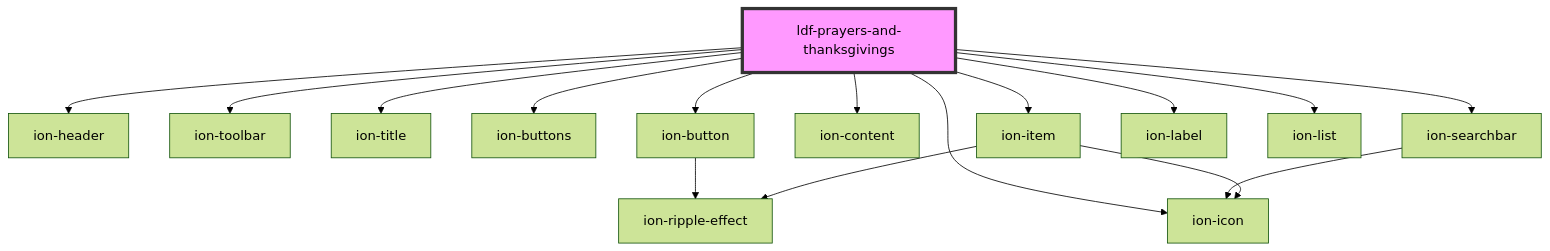
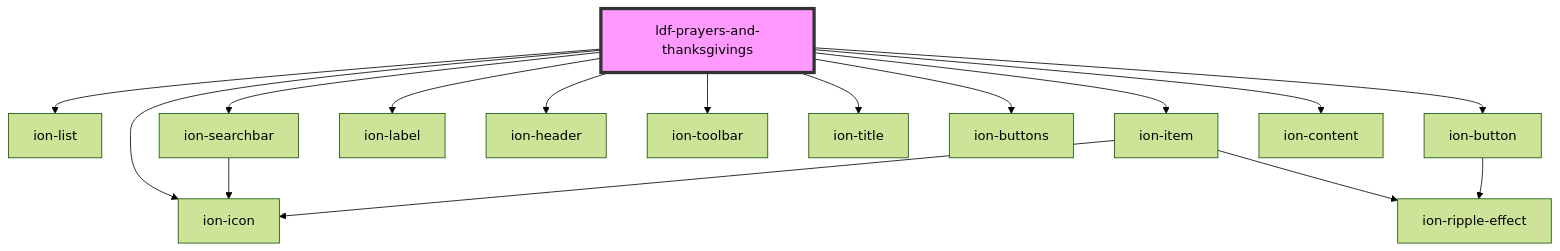
Before and after one commit to gbj/venite: the diagram in components/src/components/prayers-and-thanksgivings/readme.md, drawn with Mermaid (forest theme). The commit also changed other lines of this file and 21 other files, not shown here.

Commit message:
Prayers & Thanksgivings page

````diff
--- a/components/src/components/prayers-and-thanksgivings/readme.md
+++ b/components/src/components/prayers-and-thanksgivings/readme.md
@@ -56,19 +56,19 @@
 ```mermaid
 graph TD;
+  ldf-prayers-and-thanksgivings --> ion-list
+  ldf-prayers-and-thanksgivings --> ion-searchbar
+  ldf-prayers-and-thanksgivings --> ion-item
+  ldf-prayers-and-thanksgivings --> ion-label
   ldf-prayers-and-thanksgivings --> ion-header
   ldf-prayers-and-thanksgivings --> ion-toolbar
   ldf-prayers-and-thanksgivings --> ion-title
   ldf-prayers-and-thanksgivings --> ion-buttons
   ldf-prayers-and-thanksgivings --> ion-button
   ldf-prayers-and-thanksgivings --> ion-icon
   ldf-prayers-and-thanksgivings --> ion-content
-  ldf-prayers-and-thanksgivings --> ion-searchbar
-  ldf-prayers-and-thanksgivings --> ion-item
-  ldf-prayers-and-thanksgivings --> ion-label
-  ldf-prayers-and-thanksgivings --> ion-list
-  ion-button --> ion-ripple-effect
   ion-searchbar --> ion-icon
   ion-item --> ion-icon
   ion-item --> ion-ripple-effect
+  ion-button --> ion-ripple-effect
   style ldf-prayers-and-thanksgivings fill:#f9f,stroke:#333,stroke-width:4px
 ```
````
